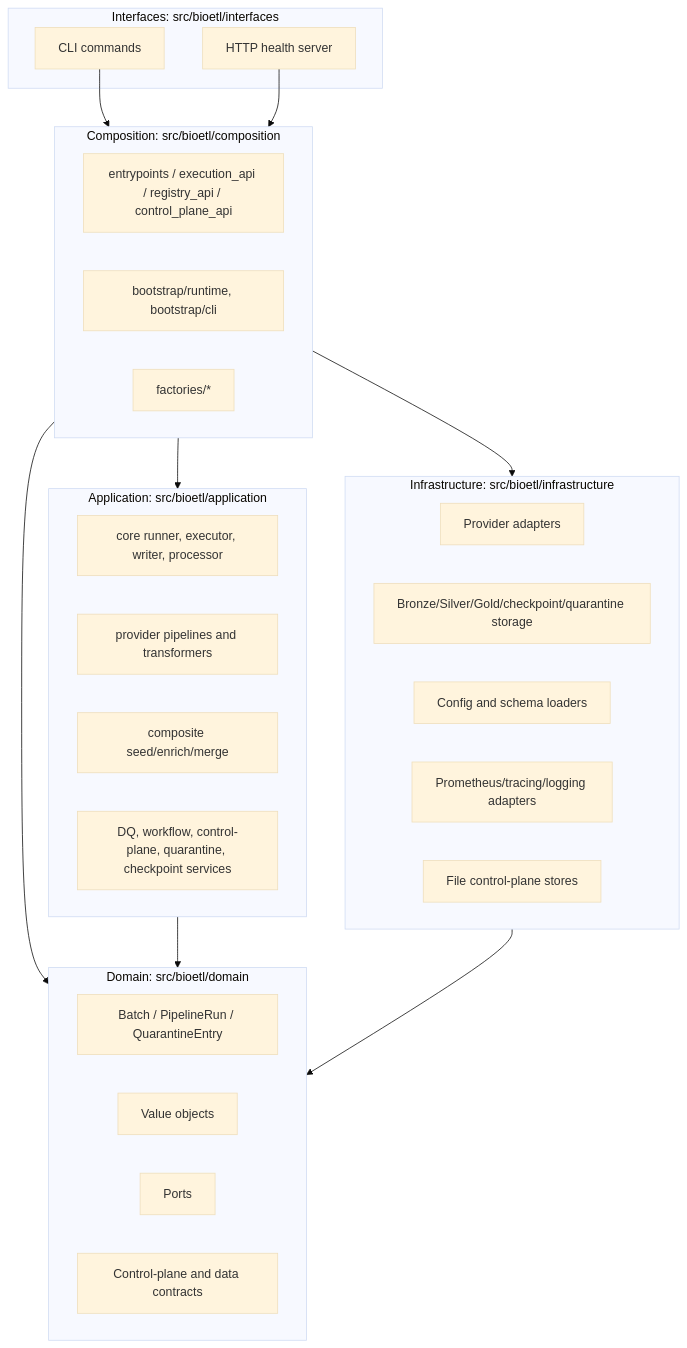
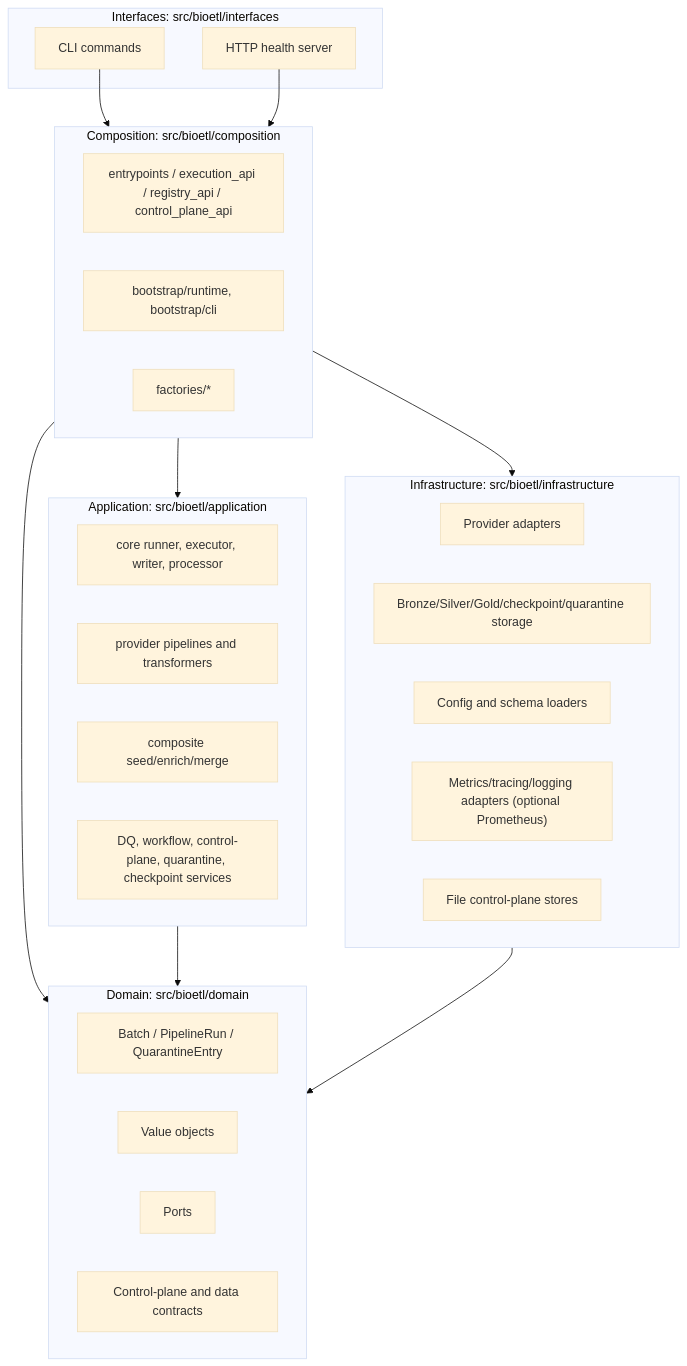
The third of 9 diagrams in docs/02-architecture/current-state-diagrams.md (SatoryKono/BioactivityDataAcquisition), drawn with Mermaid (base theme) before and after one commit. The commit also changed other lines of this file and 201 other files, not shown here.

````diff
--- a/docs/02-architecture/current-state-diagrams.md
+++ b/docs/02-architecture/current-state-diagrams.md
@@ -101,43 +104,43 @@
 ```mermaid
 flowchart TB
     subgraph Interfaces["Interfaces: src/bioetl/interfaces"]
         CLI["CLI commands"]
         HTTP["HTTP health server"]
     end
 
     subgraph Composition["Composition: src/bioetl/composition"]
         APIs["entrypoints / execution_api / registry_api / control_plane_api"]
         Boot["bootstrap/runtime, bootstrap/cli"]
         Factories["factories/*"]
     end
 
     subgraph Application["Application: src/bioetl/application"]
         Core["core runner, executor, writer, processor"]
         Pipelines["provider pipelines and transformers"]
         Composite["composite seed/enrich/merge"]
         Services["DQ, workflow, control-plane, quarantine, checkpoint services"]
     end
 
     subgraph Domain["Domain: src/bioetl/domain"]
         Aggregates["Batch / PipelineRun / QuarantineEntry"]
         VOs["Value objects"]
         Ports["Ports"]
         Contracts["Control-plane and data contracts"]
     end
 
     subgraph Infrastructure["Infrastructure: src/bioetl/infrastructure"]
         Adapters["Provider adapters"]
         Storage["Bronze/Silver/Gold/checkpoint/quarantine storage"]
         Config["Config and schema loaders"]
-        Obs["Prometheus/tracing/logging adapters"]
+        Obs["Metrics/tracing/logging adapters (optional Prometheus)"]
         Stores["File control-plane stores"]
     end
 
     CLI --> Composition
     HTTP --> Composition
     Composition --> Application
     Composition --> Infrastructure
     Composition --> Domain
     Application --> Domain
     Infrastructure --> Domain
 ```
````
